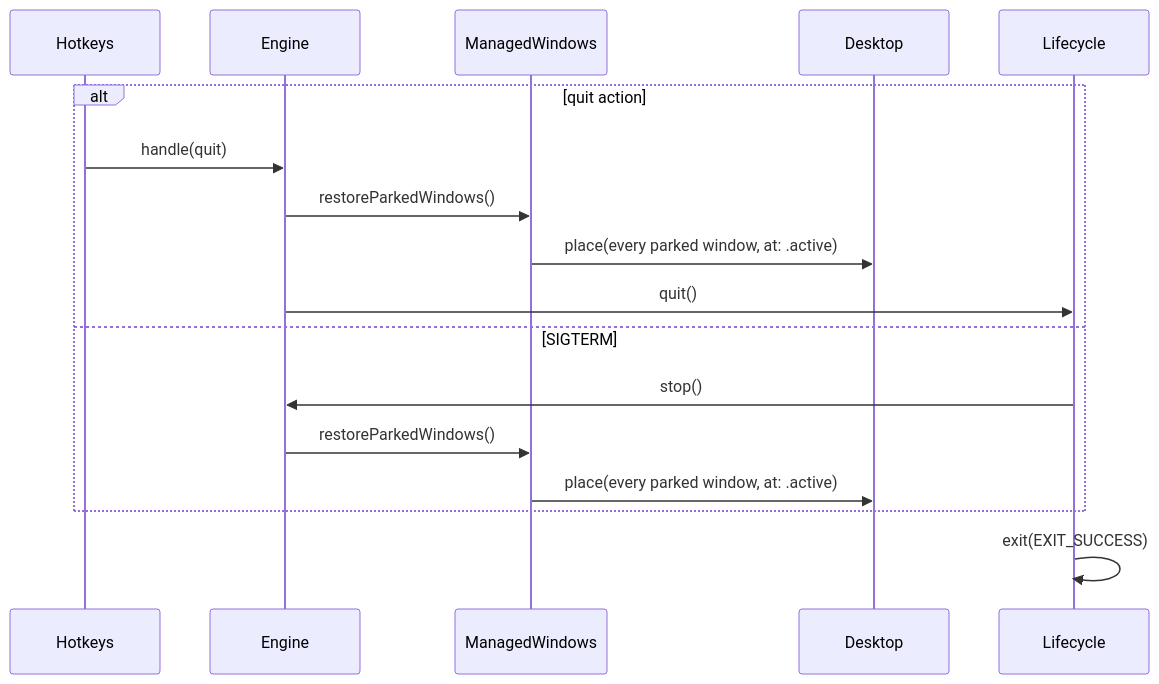
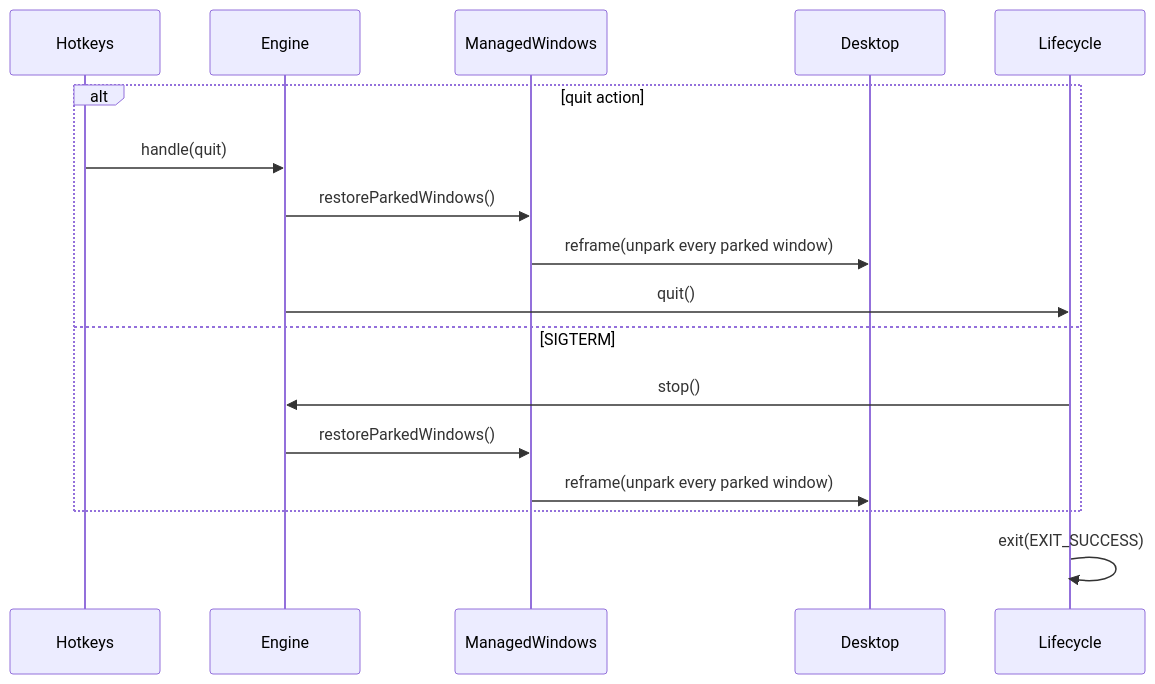
One commit to brennovich/ottowm changed diagram 15 of 19 in ARCHITECTURE.md. Above: the diagram before and after it, drawn with Mermaid. The commit also changed other lines of this file and 3 other files, not shown here.

````diff
--- a/ARCHITECTURE.md
+++ b/ARCHITECTURE.md
@@ -358,14 +375,14 @@
 ```mermaid
 sequenceDiagram
     alt quit action
         Hotkeys->>Engine: handle(quit)
         Engine->>ManagedWindows: restoreParkedWindows()
-        ManagedWindows->>Desktop: place(every parked window, at: .active)
+        ManagedWindows->>Desktop: reframe(unpark every parked window)
         Engine->>Lifecycle: quit()
     else SIGTERM
         Lifecycle->>Engine: stop()
         Engine->>ManagedWindows: restoreParkedWindows()
-        ManagedWindows->>Desktop: place(every parked window, at: .active)
+        ManagedWindows->>Desktop: reframe(unpark every parked window)
     end
     Lifecycle->>Lifecycle: exit(EXIT_SUCCESS)
 ```
````
